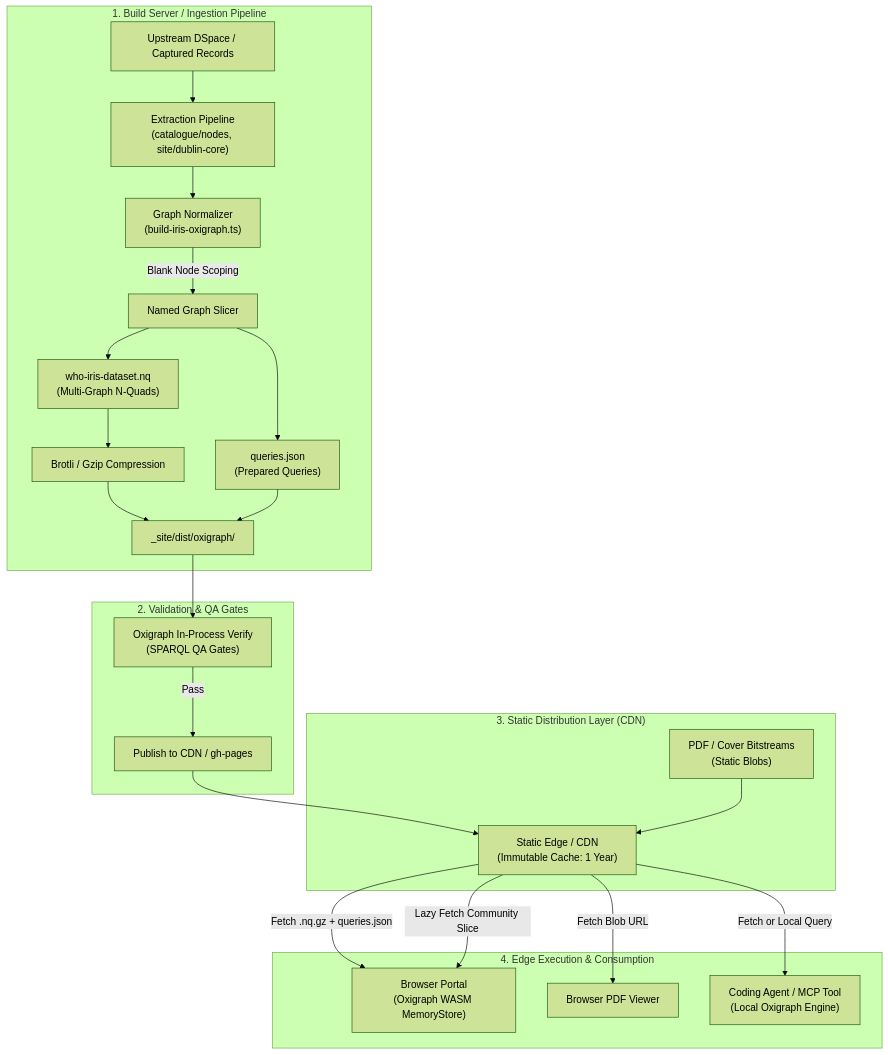
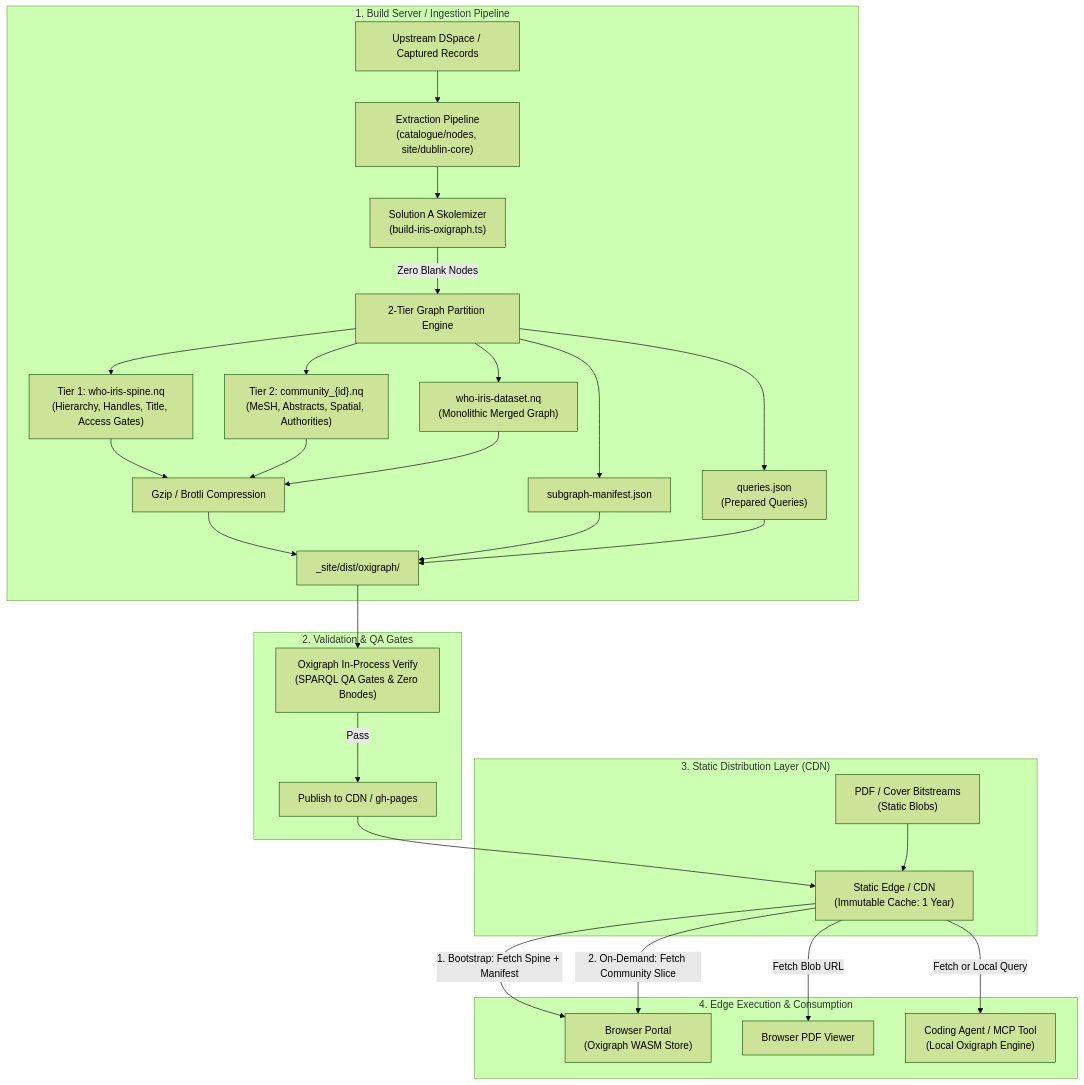
The diagram in who-iris/docs/oxigraph-pipeline-requirements.md (litlfred/folio-assistant), drawn with Mermaid (forest theme) before and after one commit. The commit also changed other lines of this file and 4 other files, not shown here.

Commit message:
feat(who-iris): 2-tier on-demand loading, spine search, and community dynamic mounting

````diff
--- a/who-iris/docs/oxigraph-pipeline-requirements.md
+++ b/who-iris/docs/oxigraph-pipeline-requirements.md
@@ -12,30 +12,36 @@
 ```mermaid
 flowchart TD
     subgraph BuildServer ["1. Build Server / Ingestion Pipeline"]
         DSpace["Upstream DSpace / Captured Records"] --> Extract["Extraction Pipeline\n(catalogue/nodes, site/dublin-core)"]
-        Extract --> Norm["Graph Normalizer\n(build-iris-oxigraph.ts)"]
-        Norm -->|Blank Node Scoping| Partition["Named Graph Slicer"]
-        Partition --> NQuads["who-iris-dataset.nq\n(Multi-Graph N-Quads)"]
-        Partition --> Queries["queries.json\n(Prepared Queries)"]
-        NQuads --> Gzip["Brotli / Gzip Compression"]
+        Extract --> Norm["Solution A Skolemizer\n(build-iris-oxigraph.ts)"]
+        Norm -->|Zero Blank Nodes| TierEngine["2-Tier Graph Partition Engine"]
+        TierEngine --> Tier1["Tier 1: who-iris-spine.nq\n(Hierarchy, Handles, Title, Access Gates)"]
+        TierEngine --> Tier2["Tier 2: community_{id}.nq\n(MeSH, Abstracts, Spatial, Authorities)"]
+        TierEngine --> Full["who-iris-dataset.nq\n(Monolithic Merged Graph)"]
+        TierEngine --> Manifest["subgraph-manifest.json"]
+        TierEngine --> Queries["queries.json\n(Prepared Queries)"]
+        Tier1 --> Gzip["Gzip / Brotli Compression"]
+        Tier2 --> Gzip
+        Full --> Gzip
         Gzip --> Dist["_site/dist/oxigraph/"]
+        Manifest --> Dist
         Queries --> Dist
     end
 
     subgraph QAGates ["2. Validation & QA Gates"]
-        Dist --> BuildCheck["Oxigraph In-Process Verify\n(SPARQL QA Gates)"]
+        Dist --> BuildCheck["Oxigraph In-Process Verify\n(SPARQL QA Gates & Zero Bnodes)"]
         BuildCheck -->|Pass| Publish["Publish to CDN / gh-pages"]
     end
 
     subgraph Distribution ["3. Static Distribution Layer (CDN)"]
         Publish --> CDN["Static Edge / CDN\n(Immutable Cache: 1 Year)"]
         Blobs["PDF / Cover Bitstreams\n(Static Blobs)"] --> CDN
     end
 
     subgraph EdgeClients ["4. Edge Execution & Consumption"]
-        CDN -->|Fetch .nq.gz + queries.json| WebClient["Browser Portal\n(Oxigraph WASM MemoryStore)"]
-        CDN -->|Lazy Fetch Community Slice| WebClient
+        CDN -->|1. Bootstrap: Fetch Spine + Manifest| WebClient["Browser Portal\n(Oxigraph WASM Store)"]
+        CDN -->|2. On-Demand: Fetch Community Slice| WebClient
         CDN -->|Fetch Blob URL| PDFViewer["Browser PDF Viewer"]
         CDN -->|Fetch or Local Query| Agent["Coding Agent / MCP Tool\n(Local Oxigraph Engine)"]
     end
 ```
````
